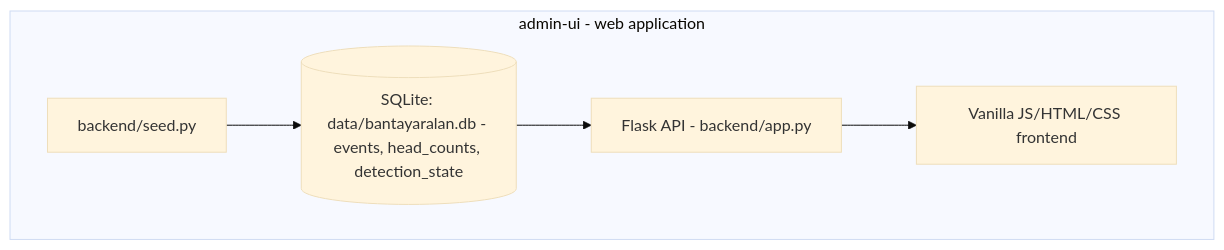
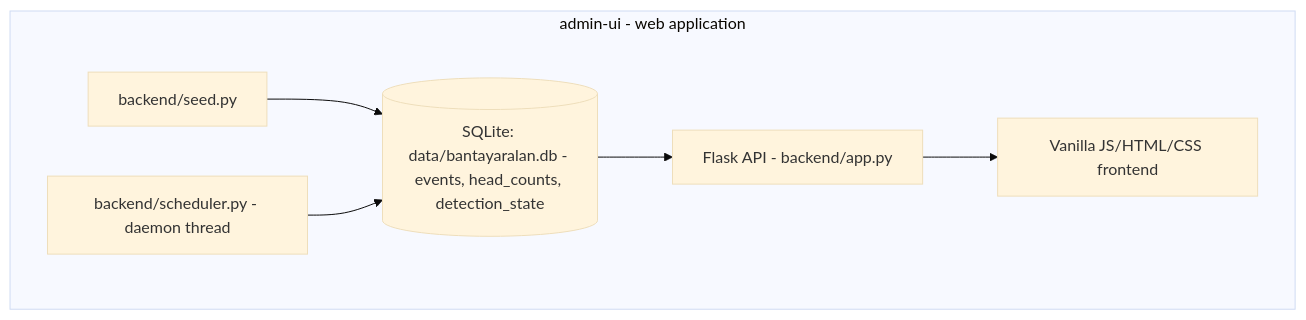
The second of 2 diagrams in Knowledge/03 - Architecture/System Architecture.md (riekoqq/BantayAralan), drawn with Mermaid (base theme) before and after one commit. The commit also changed other lines of this file and 11 other files, not shown here.

````diff
--- a/Knowledge/03 - Architecture/System Architecture.md
+++ b/Knowledge/03 - Architecture/System Architecture.md
@@ -32,8 +32,9 @@
 ```mermaid
 flowchart TB
     subgraph adminui [admin-ui - web application]
         Seed[backend/seed.py] --> DB[(SQLite: data/bantayaralan.db - events, head_counts, detection_state)]
+        Sched[backend/scheduler.py - daemon thread] --> DB
         DB --> Flask[Flask API - backend/app.py]
         Flask --> FE[Vanilla JS/HTML/CSS frontend]
     end
 ```
````
